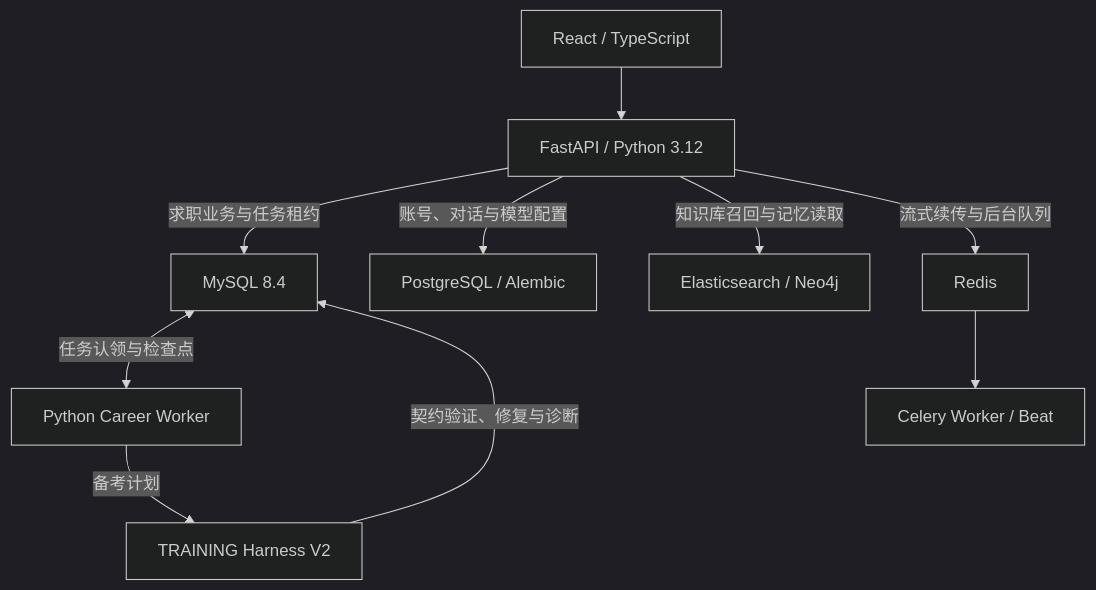
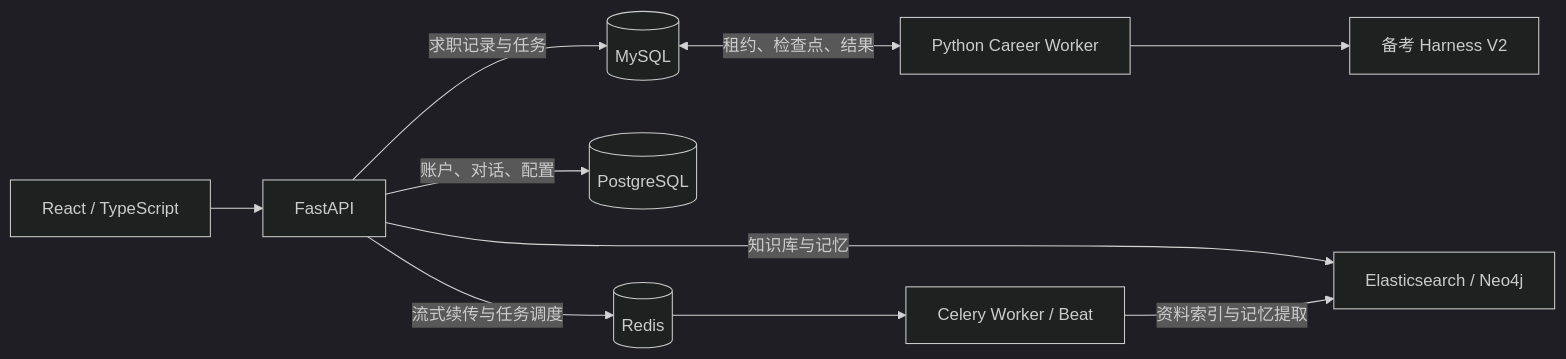
One commit to JonyChuang/Search_Agent changed the diagram in README.md. Above: the diagram before and after it, drawn with Mermaid (dark theme). The commit also changed other lines of this file, not shown here.

Commit message:
docs: reorganize Search Agent README

````diff
--- a/README.md
+++ b/README.md
@@ -72,12 +90,12 @@
 ```mermaid
-flowchart TD
-    UI["React / TypeScript"] --> API["FastAPI / Python 3.12"]
-    API -->|求职业务与任务租约| Career["MySQL 8.4"]
-    Career <-->|任务认领与检查点| CareerWorker["Python Career Worker"]
-    CareerWorker -->|备考计划| Training["TRAINING Harness V2"]
-    Training -->|契约验证、修复与诊断| Career
-    API -->|账号、对话与模型配置| Data["PostgreSQL / Alembic"]
-    API -->|知识库召回与记忆读取| Retrieval["Elasticsearch / Neo4j"]
-    API -->|流式续传与后台队列| Redis["Redis"]
-    Redis --> Workers["Celery Worker / Beat"]
+flowchart LR
+    Web["React / TypeScript"] --> API["FastAPI"]
+    API -->|求职记录与任务| MySQL[("MySQL")]
+    MySQL <-->|租约、检查点、结果| Worker["Python Career Worker"]
+    Worker --> Harness["备考 Harness V2"]
+    API -->|账户、对话、配置| PG[("PostgreSQL")]
+    API -->|流式续传与任务调度| Redis[("Redis")]
+    Redis --> Celery["Celery Worker / Beat"]
+    API -->|知识库与记忆| Search["Elasticsearch / Neo4j"]
+    Celery -->|资料索引与记忆提取| Search
 ```
````
